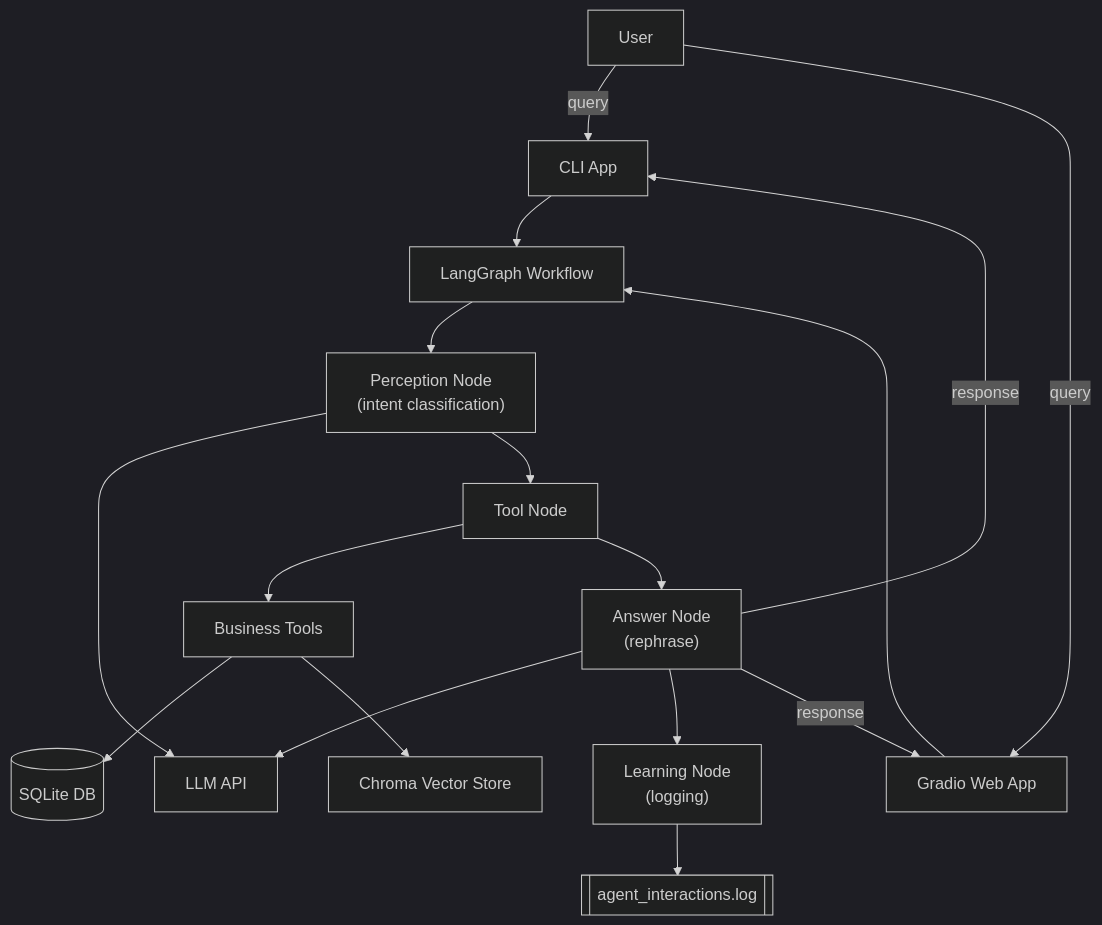
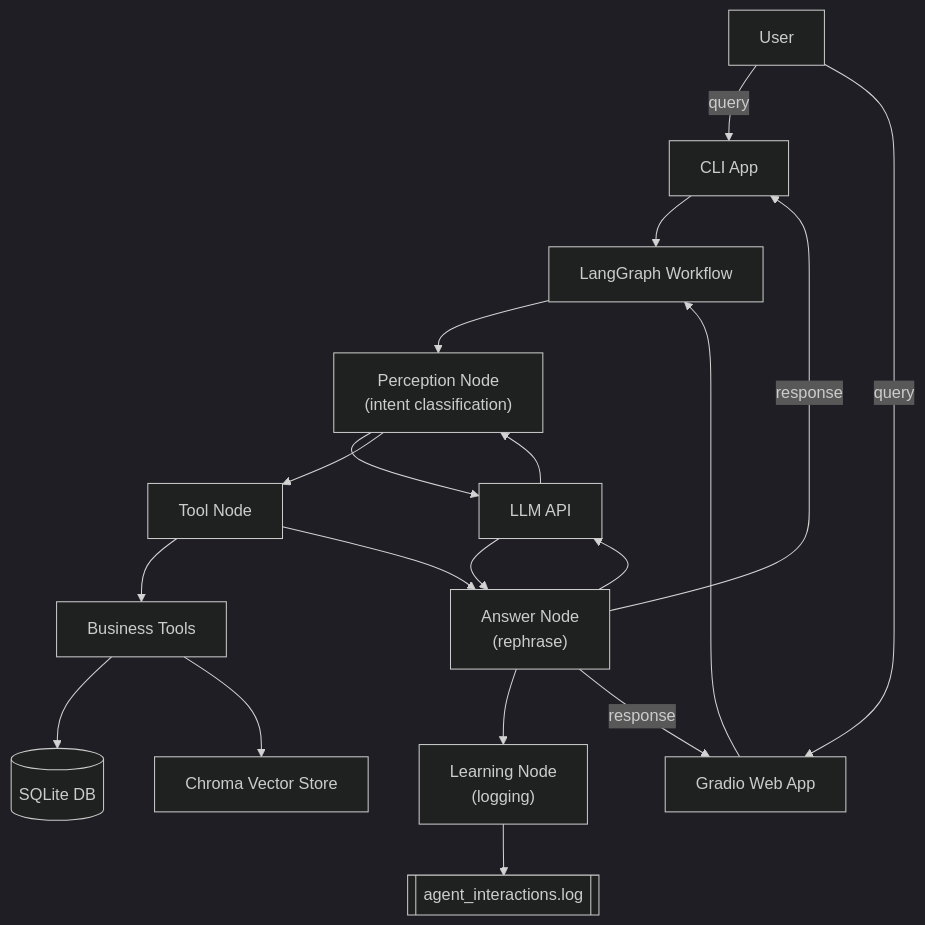
One commit to satyampurwar/ecommerce-ai-agent changed the second of 2 diagrams in README.md. Above: the diagram before and after it, drawn with Mermaid (dark theme).

Commit message:
docs: update architecture diagram

````diff
--- a/README.md
+++ b/README.md
@@ -191,33 +191,35 @@
 ```mermaid
 flowchart TD
     U[User]
     CLI[CLI App]
     Web[Gradio Web App]
     Workflow[LangGraph Workflow]
     Perception["Perception Node<br/>(intent classification)"]
     ToolNode[Tool Node]
     Answer["Answer Node<br/>(rephrase)"]
     Learning["Learning Node<br/>(logging)"]
     Tools[Business Tools]
     DB[(SQLite DB)]
     Vector[Chroma Vector Store]
     LLM[LLM API]
     Logs[[agent_interactions.log]]
 
     U -->|query| CLI
     U -->|query| Web
     CLI --> Workflow
     Web --> Workflow
     Workflow --> Perception
     Perception --> LLM
+    LLM --> Perception
     Perception --> ToolNode
     ToolNode --> Tools
     Tools --> DB
     Tools --> Vector
     ToolNode --> Answer
     Answer --> LLM
+    LLM --> Answer
     Answer --> Learning
     Learning --> Logs
     Answer -->|response| CLI
     Answer -->|response| Web
 ```
````
